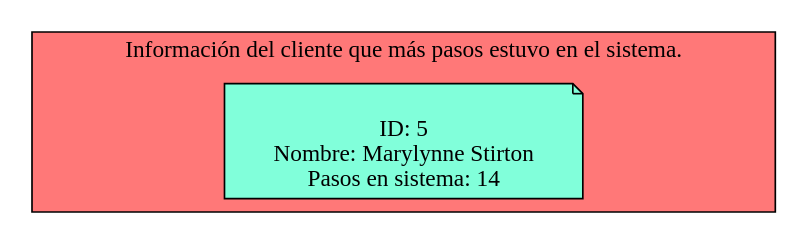
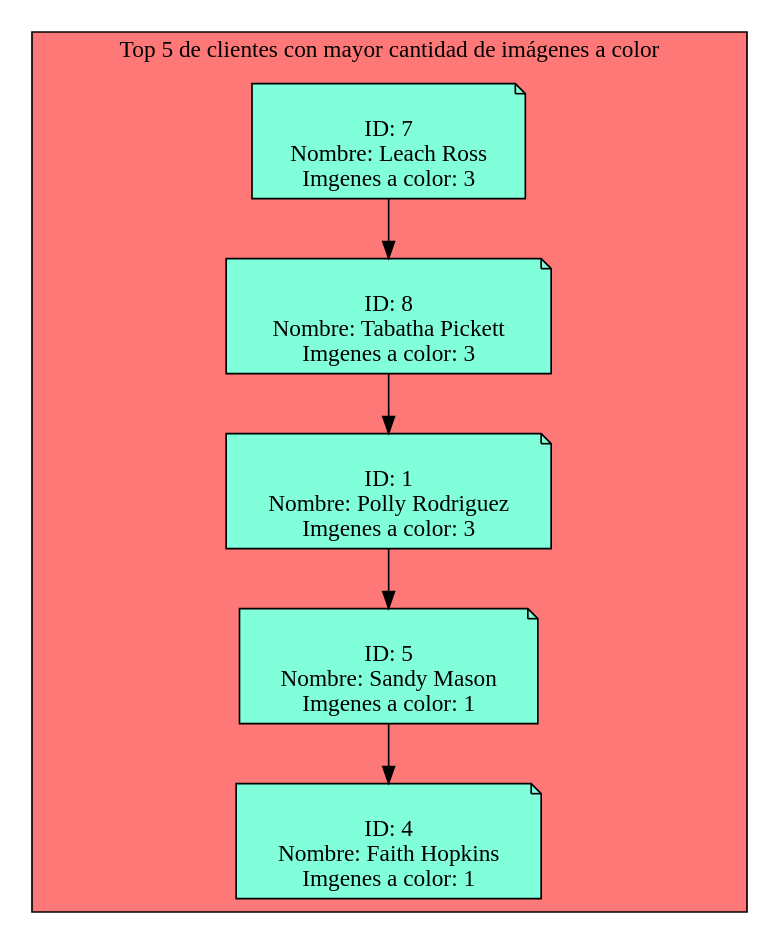
The diagram in Simple_Clients_Served_Report.dot (Serch-ING/EDD_UDRAWING_202000119), drawn with Graphviz before and after one commit. The commit also changed 22 other files, not shown here.

```diff
--- a/Simple_Clients_Served_Report.dot
+++ b/Simple_Clients_Served_Report.dot
@@ -1,10 +1,30 @@
 digraph L {
 node[shape=note fillcolor="#A181FF" style =filled]
 subgraph cluster_p{
-    label= "Información del cliente que más pasos estuvo en el sistema."
+    label= "Top 5 de clientes con mayor cantidad de imágenes a color"
     bgcolor = "#FF7878"
-Nodo1337335626[label="
+Nodo331994761[label="
+ID: 7
+Nombre: Leach Ross
+Imgenes a color: 3",fillcolor="#81FFDA"]
+Nodo928294079[label="
+ID: 8
+Nombre: Tabatha Pickett
+Imgenes a color: 3",fillcolor="#81FFDA"]
+Nodo1647809929[label="
+ID: 1
+Nombre: Polly Rodriguez
+Imgenes a color: 3",fillcolor="#81FFDA"]
+Nodo1258084361[label="
 ID: 5
-Nombre: Marylynne Stirton
-Pasos en sistema: 14",fillcolor="#81FFDA"]
+Nombre: Sandy Mason
+Imgenes a color: 1",fillcolor="#81FFDA"]
+Nodo391914049[label="
+ID: 4
+Nombre: Faith Hopkins
+Imgenes a color: 1",fillcolor="#81FFDA"]
+Nodo331994761 -> Nodo928294079
+Nodo928294079 -> Nodo1647809929
+Nodo1647809929 -> Nodo1258084361
+Nodo1258084361 -> Nodo391914049
 }}
```
